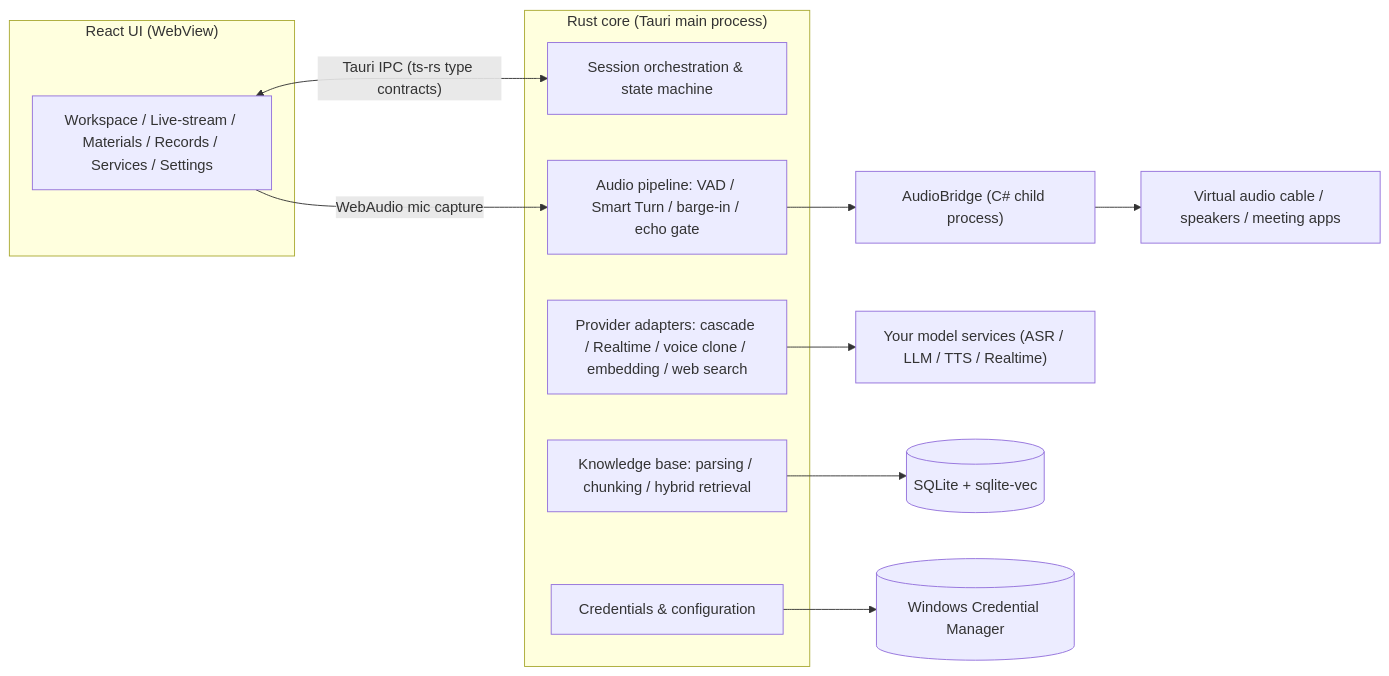
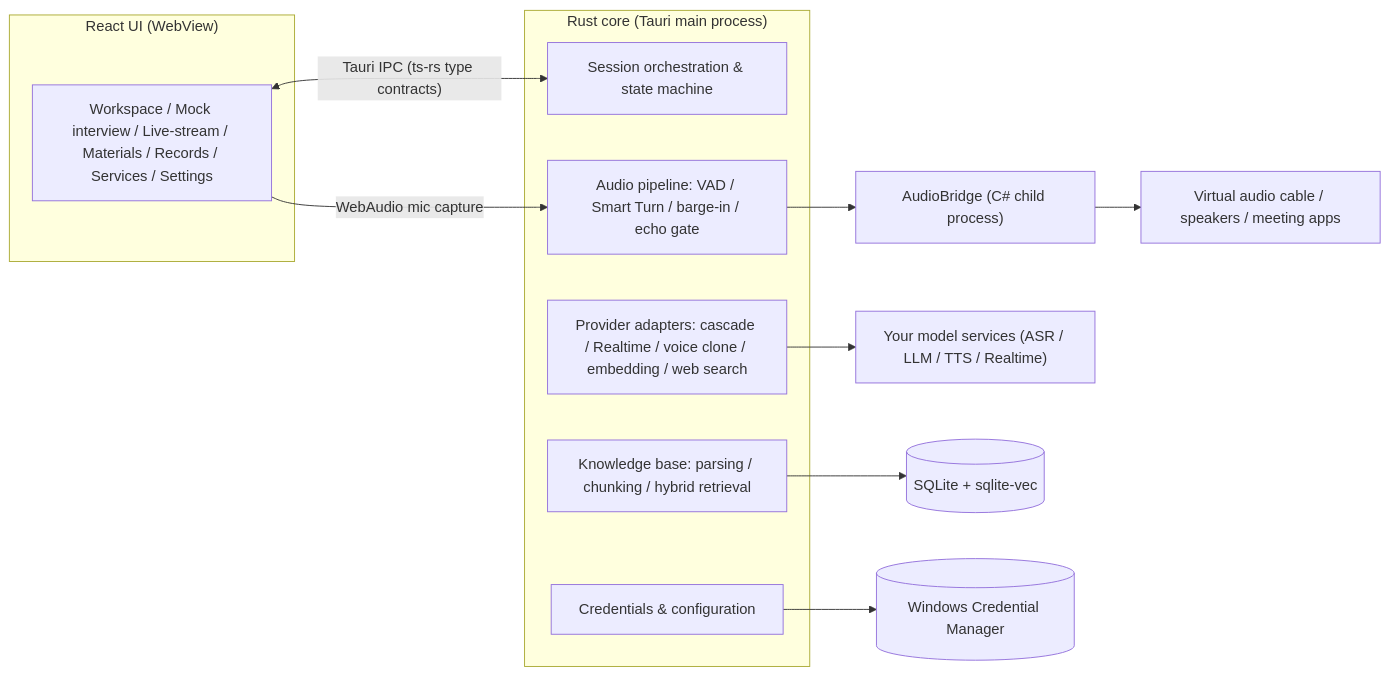
One commit to NotIntoSports/RoleAI changed the diagram in README.en.md. Above: the diagram before and after it, drawn with Mermaid. The commit also changed other lines of this file and 3 other files, not shown here.

Commit message:
docs(readme): 同步波次 2 能力与最新截图

````diff
--- a/README.en.md
+++ b/README.en.md
@@ -88,20 +122,20 @@
 ```mermaid
 flowchart LR
     subgraph UI["React UI (WebView)"]
-        P["Workspace / Live-stream / Materials / Records / Services / Settings"]
+        P["Workspace / Mock interview / Live-stream / Materials / Records / Services / Settings"]
     end
     P <-->|"Tauri IPC (ts-rs type contracts)"| C
     subgraph Core["Rust core (Tauri main process)"]
         C["Session orchestration & state machine"]
         A["Audio pipeline: VAD / Smart Turn / barge-in / echo gate"]
         PV["Provider adapters: cascade / Realtime / voice clone / embedding / web search"]
         M["Knowledge base: parsing / chunking / hybrid retrieval"]
         S["Credentials & configuration"]
     end
     A --> AB["AudioBridge (C# child process)"]
     P -->|"WebAudio mic capture"| A
     AB --> DEV["Virtual audio cable / speakers / meeting apps"]
     PV --> API["Your model services (ASR / LLM / TTS / Realtime)"]
     M --> DB[("SQLite + sqlite-vec")]
     S --> CM[("Windows Credential Manager")]
 ```
````
